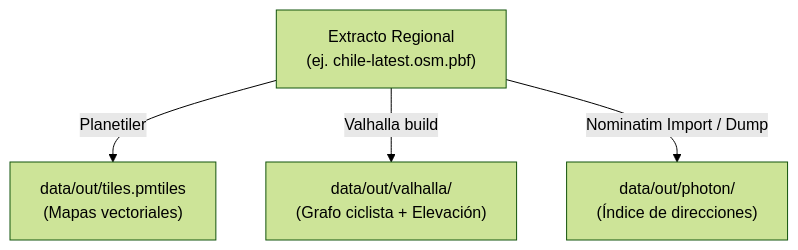
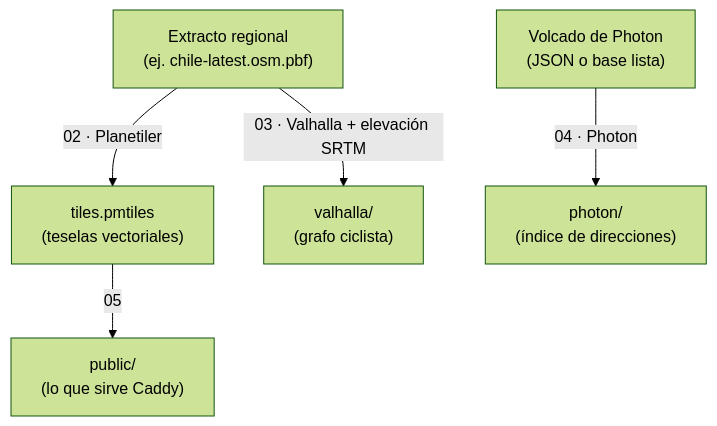
One commit to kripiman/Baze changed the diagram in data/README.md. Above: the diagram before and after it, drawn with Mermaid (forest theme). The commit also changed other lines of this file and 5 other files, not shown here.

````diff
--- a/data/README.md
+++ b/data/README.md
@@ -14,7 +14,8 @@
 ```mermaid
 flowchart TD
-  PBF["Extracto Regional<br/>(ej. chile-latest.osm.pbf)"]
-  PBF -->|Planetiler| PMT["data/out/tiles.pmtiles<br/>(Mapas vectoriales)"]
-  PBF -->|Valhalla build| VH["data/out/valhalla/<br/>(Grafo ciclista + Elevación)"]
-  PBF -->|Nominatim Import / Dump| PH["data/out/photon/<br/>(Índice de direcciones)"]
+  PBF["Extracto regional<br/>(ej. chile-latest.osm.pbf)"]
+  PBF -->|"02 · Planetiler"| PMT["tiles.pmtiles<br/>(teselas vectoriales)"]
+  PBF -->|"03 · Valhalla + elevación SRTM"| VH["valhalla/<br/>(grafo ciclista)"]
+  DUMP["Volcado de Photon<br/>(JSON o base lista)"] -->|"04 · Photon"| PH["photon/<br/>(índice de direcciones)"]
+  PMT -->|"05"| PUB["public/<br/>(lo que sirve Caddy)"]
 ```
````
